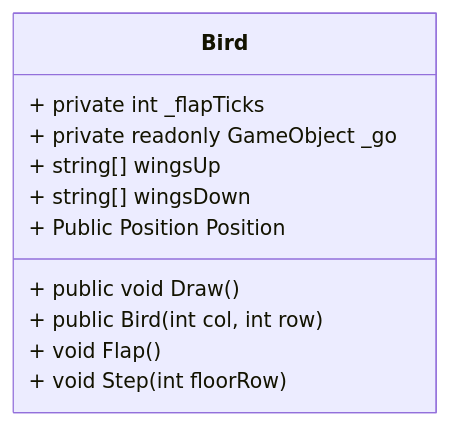
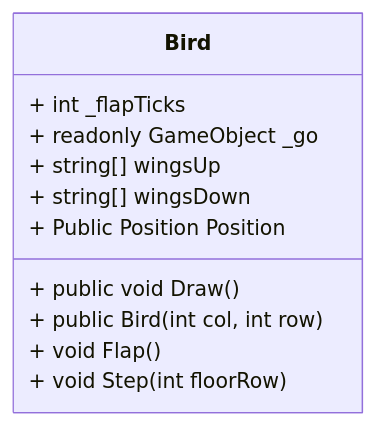
Before and after one commit to NexusWeave/MVP-FlappyBird-cs: the sixth of 9 diagrams in dokumentasjon/diagram/klasse-diagram.md, drawn with Mermaid. The commit also changed other lines of this file, not shown here.

Commit message:
Refactor access modifiers for GameObject, Bird, Ground, and Pipe classes in klasse-diagram.md

````diff
--- a/dokumentasjon/diagram/klasse-diagram.md
+++ b/dokumentasjon/diagram/klasse-diagram.md
@@ -85,20 +85,20 @@
 ```mermaid
     classDiagram
         direction TD
 
     class Bird {
-        + private int _flapTicks
-        + private readonly GameObject _go
+        + int _flapTicks
+        + readonly GameObject _go
 
         + string[] wingsUp
         + string[] wingsDown
 
         + public void Draw()
         + public Bird(int col, int row)
 
         + Public Position Position
 
         + void Flap()
         + void Step(int floorRow)
     }
 ```
````
